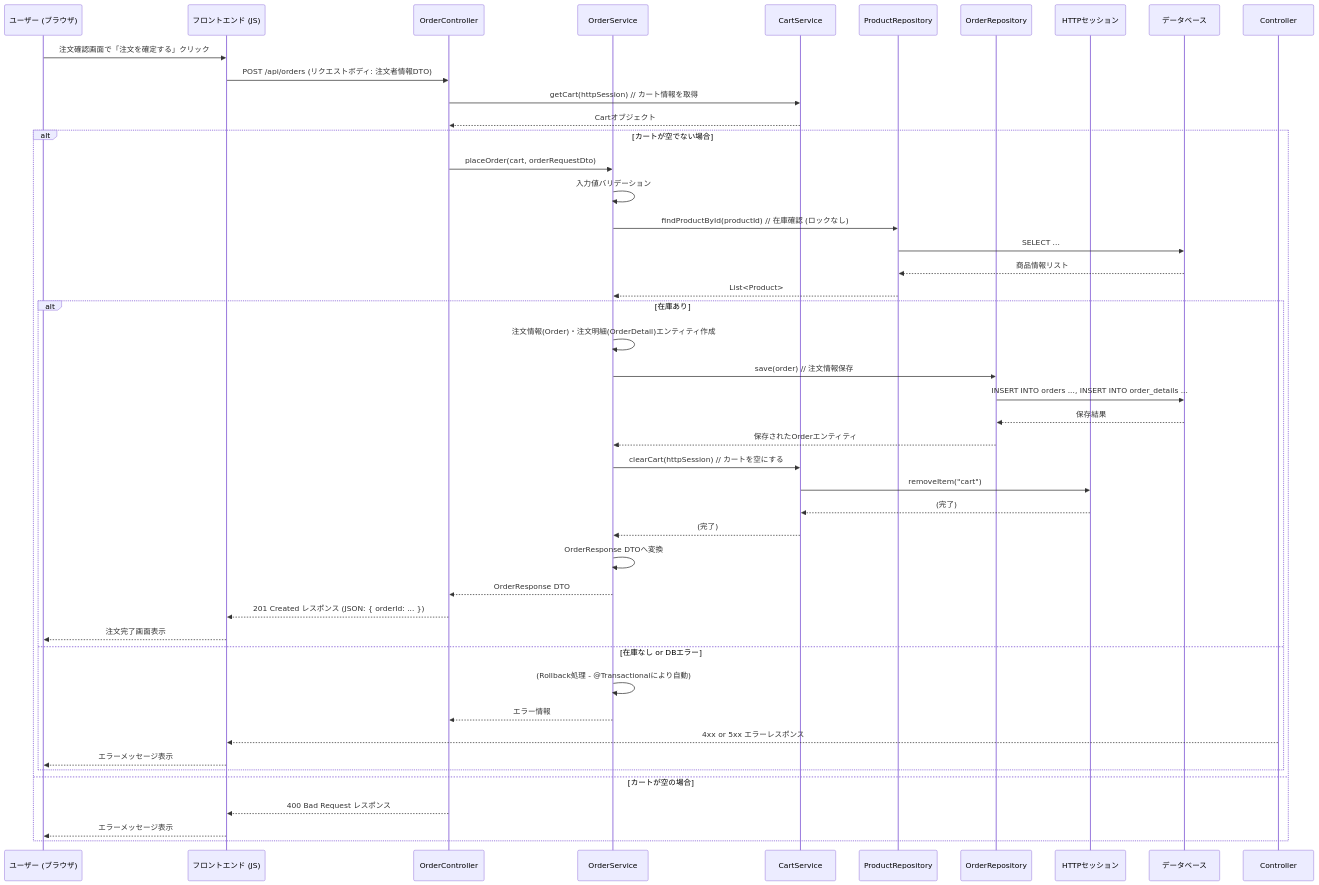
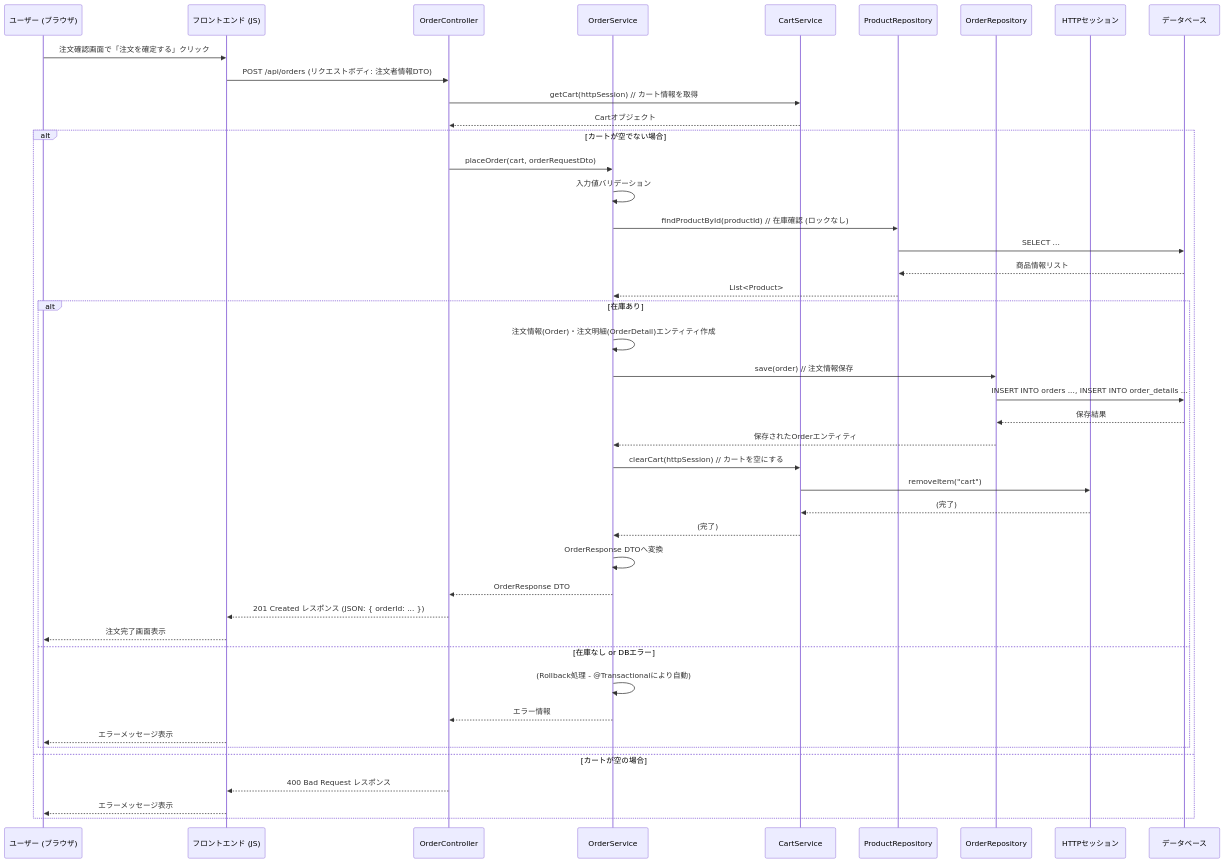
The seventh of 13 diagrams in 詳細設計/詳細設計.md (Hinako-Kimura127/neko), drawn with Mermaid before and after one commit. The commit also changed other lines of this file, not shown here.

````diff
--- a/詳細設計/詳細設計.md
+++ b/詳細設計/詳細設計.md
@@ -244,52 +271,51 @@
 ```mermaid
 sequenceDiagram
     participant User as ユーザー (ブラウザ)
     participant FE as フロントエンド (JS)
     participant OrderController
     participant OrderService
     participant CartService
     participant ProductRepository
     participant OrderRepository
     participant HttpSession as HTTPセッション
     participant DB as データベース
  
     User->>FE: 注文確認画面で「注文を確定する」クリック
     FE->>OrderController: POST /api/orders (リクエストボディ: 注文者情報DTO)
     OrderController->>CartService: getCart(httpSession) // カート情報を取得
     CartService-->>OrderController: Cartオブジェクト
  
     alt カートが空でない場合
         OrderController->>OrderService: placeOrder(cart, orderRequestDto)
         OrderService->>OrderService: 入力値バリデーション
         OrderService->>ProductRepository: findProductById(productId) // 在庫確認 (ロックなし)
         ProductRepository->>DB: SELECT ...
         DB-->>ProductRepository: 商品情報リスト
         ProductRepository-->>OrderService: List<Product>
         alt 在庫あり
  
             OrderService->>OrderService: 注文情報(Order)・注文明細(OrderDetail)エンティティ作成
             OrderService->>OrderRepository: save(order) // 注文情報保存
             OrderRepository->>DB: INSERT INTO orders ..., INSERT INTO order_details ...
             DB-->>OrderRepository: 保存結果
             OrderRepository-->>OrderService: 保存されたOrderエンティティ
  
             OrderService->>CartService: clearCart(httpSession) // カートを空にする
             CartService->>HttpSession: removeItem("cart")
             HttpSession-->>CartService: (完了)
             CartService-->>OrderService: (完了)
  
             OrderService->>OrderService: OrderResponse DTOへ変換
             OrderService-->>OrderController: OrderResponse DTO
             OrderController-->>FE: 201 Created レスポンス (JSON: { orderId: ... })
             FE-->>User: 注文完了画面表示
         else 在庫なし or DBエラー
             OrderService->>OrderService: (Rollback処理 - @Transactionalにより自動)
             OrderService-->>OrderController: エラー情報
-            Controller-->>FE: 4xx or 5xx エラーレスポンス
             FE-->>User: エラーメッセージ表示
         end
     else カートが空の場合
         OrderController-->>FE: 400 Bad Request レスポンス
         FE-->>User: エラーメッセージ表示
     end
 ```
````
